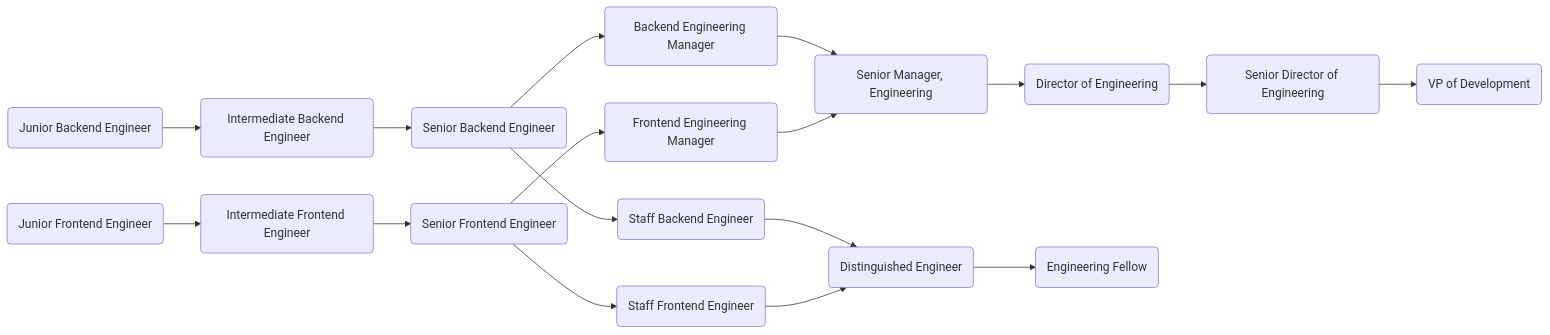
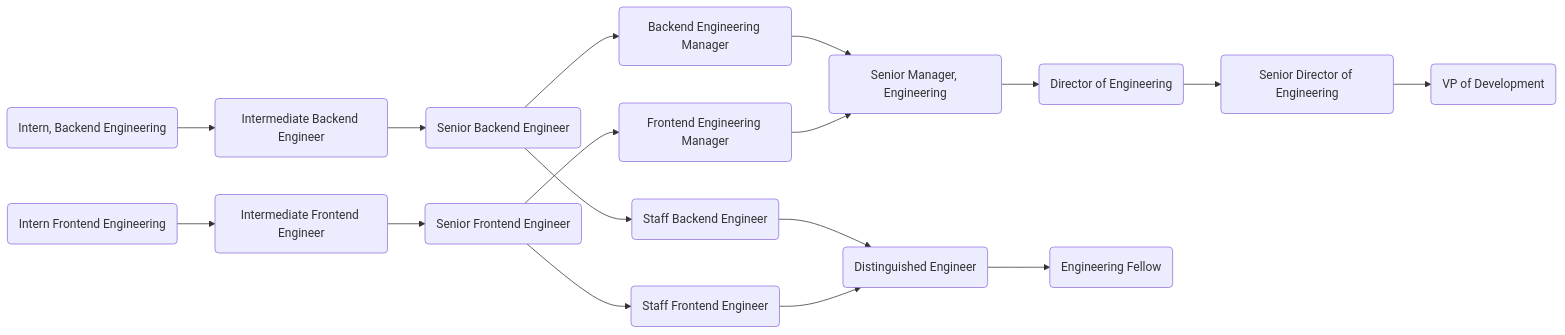
One commit to secretstartups/handbook changed the first of 6 diagrams in career-development/index.html.md. Above: the diagram before and after it, drawn with Mermaid. The commit also changed other lines of this file, not shown here.

Commit message:
Deprecating the Junior level in favour of the "Intern" level in Engineering

````diff
--- a/career-development/index.html.md
+++ b/career-development/index.html.md
@@ -112,61 +112,61 @@
 ```mermaid
   graph LR;
   %% frontend roles
-  eng:jfe(Junior Frontend Engineer);
+  eng:jfe(Intern Frontend Engineering);
   click eng:jfe "/job-families/engineering/development/frontend#junior-frontend-engineer";
 
   eng:ife(Intermediate Frontend Engineer);
   click eng:ife "/job-families/engineering/development/frontend/#intermediate-frontend-engineer";
 
   eng:sfe(Senior Frontend Engineer);
   click eng:sfe "/job-families/engineering/development/frontend/#senior-frontend-engineer";
 
   eng:stf(Staff Frontend Engineer);
   click eng:stf "/job-families/engineering/development/frontend/#staff-frontend-engineer";
 
   eng:fem(Frontend Engineering Manager);
   click eng:fem "/job-families/engineering/development/frontend/manager";
 
   %% backend roles
-  eng:jbe(Junior Backend Engineer);
+  eng:jbe(Intern, Backend Engineering);
   click eng:jbe "/job-families/engineering/development/backend/#junior-backend-engineer";
 
   eng:ibe(Intermediate Backend Engineer);
   click eng:ibe "/job-families/engineering/development/backend/#backend-engineer";
 
   eng:sbe(Senior Backend Engineer);
   click eng:sbe "/job-families/engineering/development/backend/#senior-backend-engineer";
 
   eng:stb(Staff Backend Engineer);
   click eng:stb "/job-families/engineering/development/backend/#staff-backend-engineer";
 
   eng:bem(Backend Engineering Manager);
   click eng:bem "/job-families/engineering/development/backend/manager";
 
 
   %% engineering leadership
   eng:sme(Senior Manager, Engineering);
   click eng:sme "/job-families/engineering/engineering-management/#senior-manager-development";
 
   eng:dir(Director of Engineering);
   click eng:dir "/job-families/engineering/engineering-management/#director-development";
 
   eng:dis(Distinguished Engineer);
   click eng:dis "/job-families/engineering/engineering-management/#distinguished-engineer";
 
   eng:sde(Senior Director of Engineering);
   click eng:sde "/job-families/engineering/engineering-management/#senior-director-development";
 
   eng:vpd(VP of Development);
   click eng:vpd "/job-families/engineering/engineering-management/#vp-of-development";
 
   eng:fel(Engineering Fellow);
   click eng:fel "/job-families/engineering/engineering-management/#engineering-fellow";
 
   %% career progression
   eng:jfe-->eng:ife-->eng:sfe-->eng:stf & eng:fem;
   eng:jbe-->eng:ibe-->eng:sbe-->eng:stb & eng:bem;
   eng:bem & eng:fem-->eng:sme-->eng:dir-->eng:sde-->eng:vpd;
   eng:stb & eng:stf-->eng:dis-->eng:fel;
 
 ```
````
